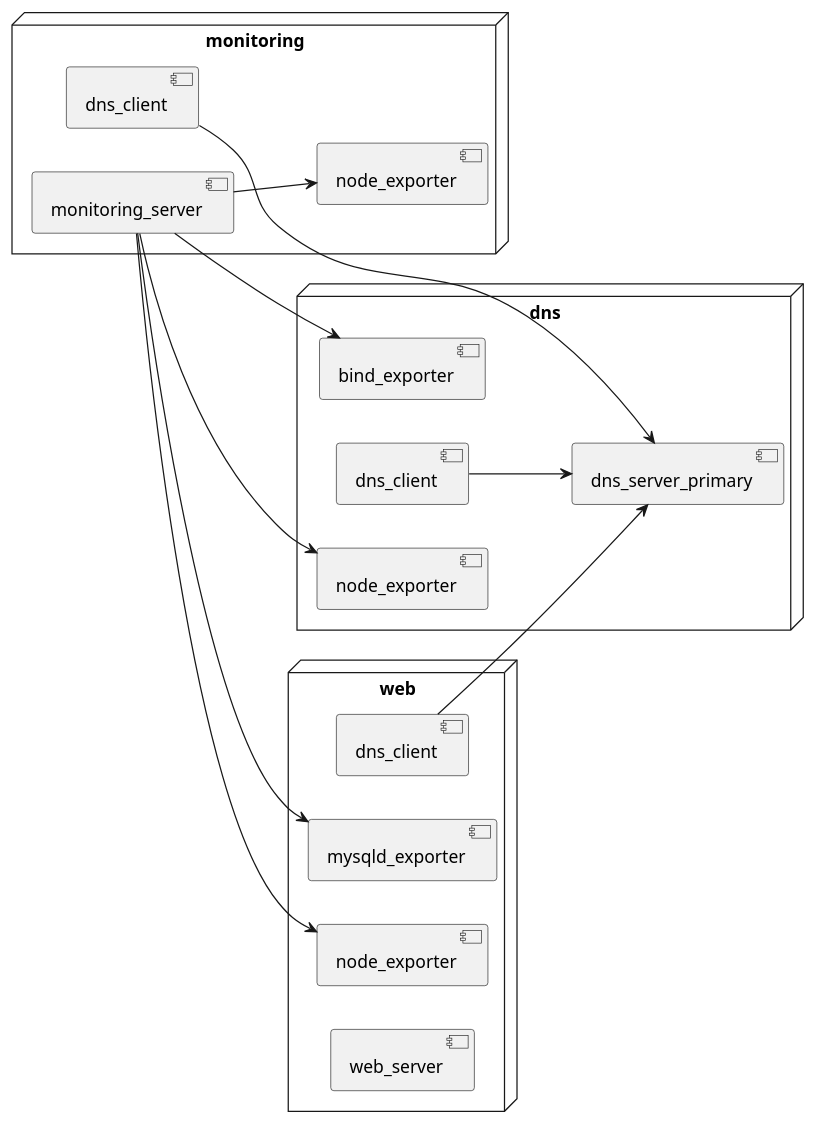
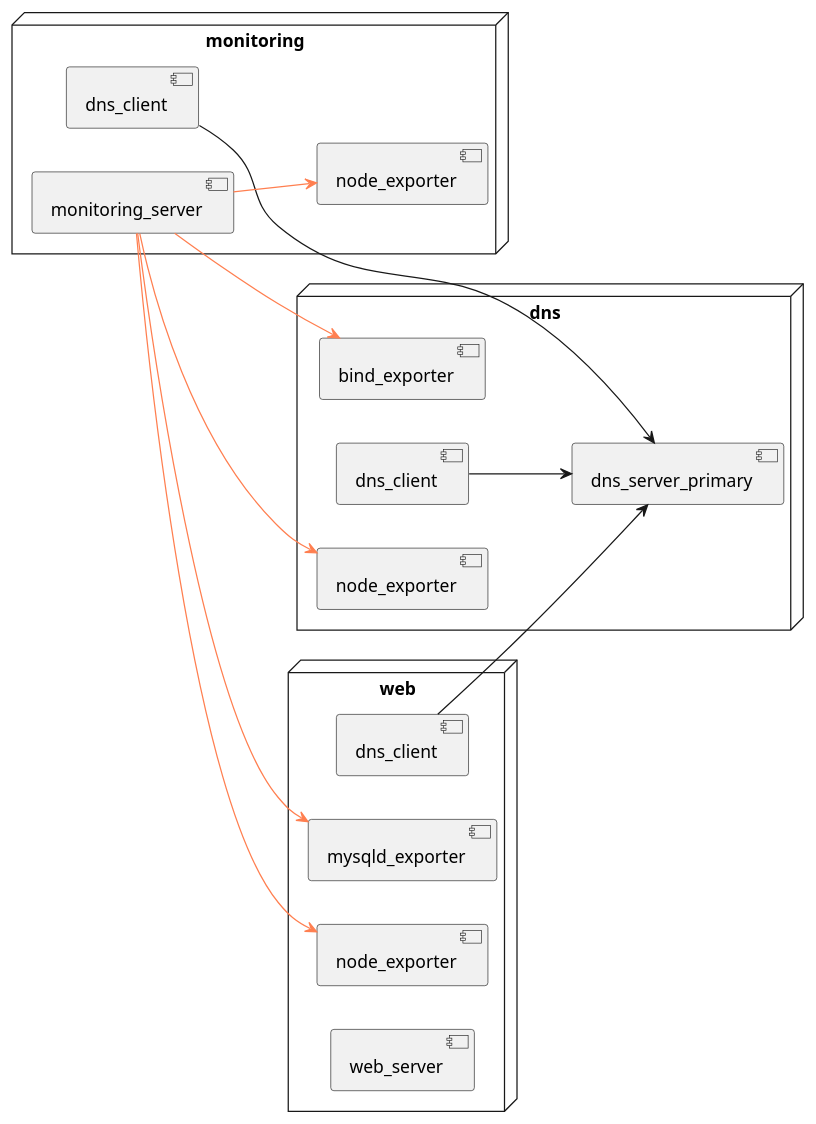
Before and after one commit to lucasluduenasegre/plantuml2ansible: the diagram in input/test_env/uml_test_env.puml, drawn with PlantUML. The commit also changed 6 other files, not shown here.

```diff
--- a/input/test_env/uml_test_env.puml
+++ b/input/test_env/uml_test_env.puml
@@ -1,51 +1,72 @@
-@startuml test_env_test
-' Specify diagram name above, otherwise falls back on filename for output directory
-' Note: this name must match with that of the network diagram
+@startuml test_env
+/'
+Diagram name definition
 
-' Fixes the same role name being reused over different nodes
+Format: @startuml <diagram_name>
+
+Note: if no diagram name is specified, the filename is used as a fallback for
+naming the output directory. This name should match the network diagram's.
+'/
+
+' Make each component per node unique
 set separator .
-' Purely visual, shouldn't have an effect on the parser
+
+' Purely visual, won't have any effect on the parser
 left to right direction
 
-' Host definition
-'
-' Format: node <host_identifier> as <description>
+/'
+Host definition
+
+Notes:
+- By default <description> will be used as the resulting hostname;
+<host_identifier> is the fallback if <description> is unused.
+- Underscores in the hostname will be converted to hyphens, due to Unix conventions.
+
+Format: node <host_identifier> as <description>
+'/
 node dns as "dns" {
 
-    ' Role definition
-    '
-    ' Format: component <role_identifier> as <role_name>
+    /'
+    Role definition
+
+    Format: component <role_identifier> as <role_name>
+    '/
     component bind_exporter
     component dns_client
     component dns_server_primary
     component node_exporter
 }
 
 node monitoring {
     component dns_client
     component monitoring_server
     component node_exporter
 }
 
 node web as "web" {
     component dns_client
     component mysqld_exporter
     component node_exporter
     component web_server
 }
 
-' Role-to-role connections
-'
-' Format: <network_identifier>.<host_identifier>.<role_identifier> --> <network_identifier>.<host_identifier>.<role_identifier>
+/'
+Role-to-role connections
+
+Note: Arrows must always point from left to right, but can be styled according to
+      https://crashedmind.github.io/PlantUMLHitchhikersGuide/layout/layout.html
+
+Format: <host_identifier>.<role_identifier> --> <host_identifier>.<role_identifier>
+'/
 dns.dns_client --> dns.dns_server_primary
 
 monitoring.dns_client --> dns.dns_server_primary
-monitoring.monitoring_server --> dns.bind_exporter
-monitoring.monitoring_server --> dns.node_exporter
-monitoring.monitoring_server --> monitoring.node_exporter
-monitoring.monitoring_server --> web.mysqld_exporter
-monitoring.monitoring_server --> web.node_exporter
+monitoring.monitoring_server -[#coral]-> dns.bind_exporter
+monitoring.monitoring_server -[#coral]-> dns.node_exporter
+monitoring.monitoring_server -[#coral]-> monitoring.node_exporter
+monitoring.monitoring_server -[#coral]-> web.mysqld_exporter
+monitoring.monitoring_server -[#coral]-> web.node_exporter
 
 web.dns_client --> dns.dns_server_primary
 
 @enduml
```
